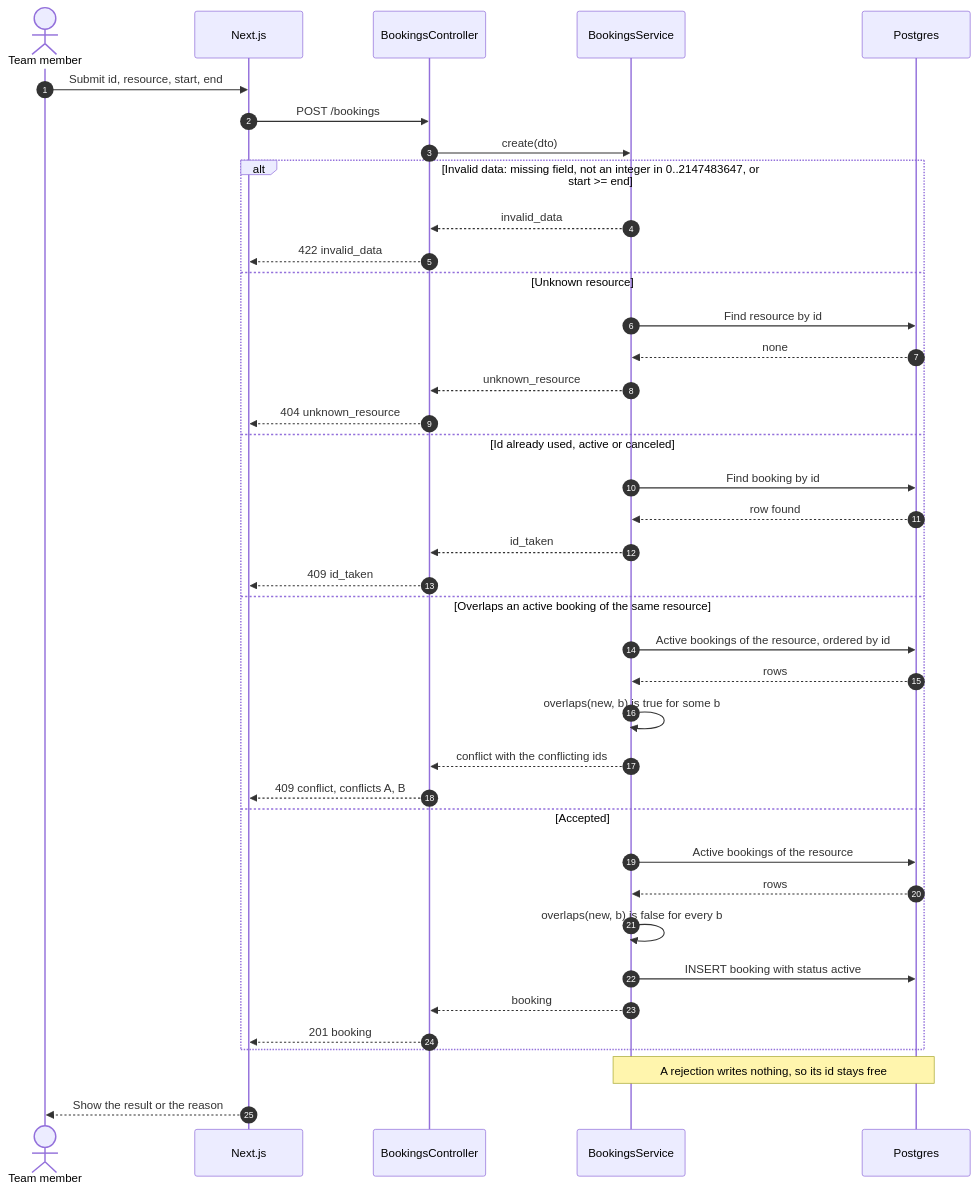
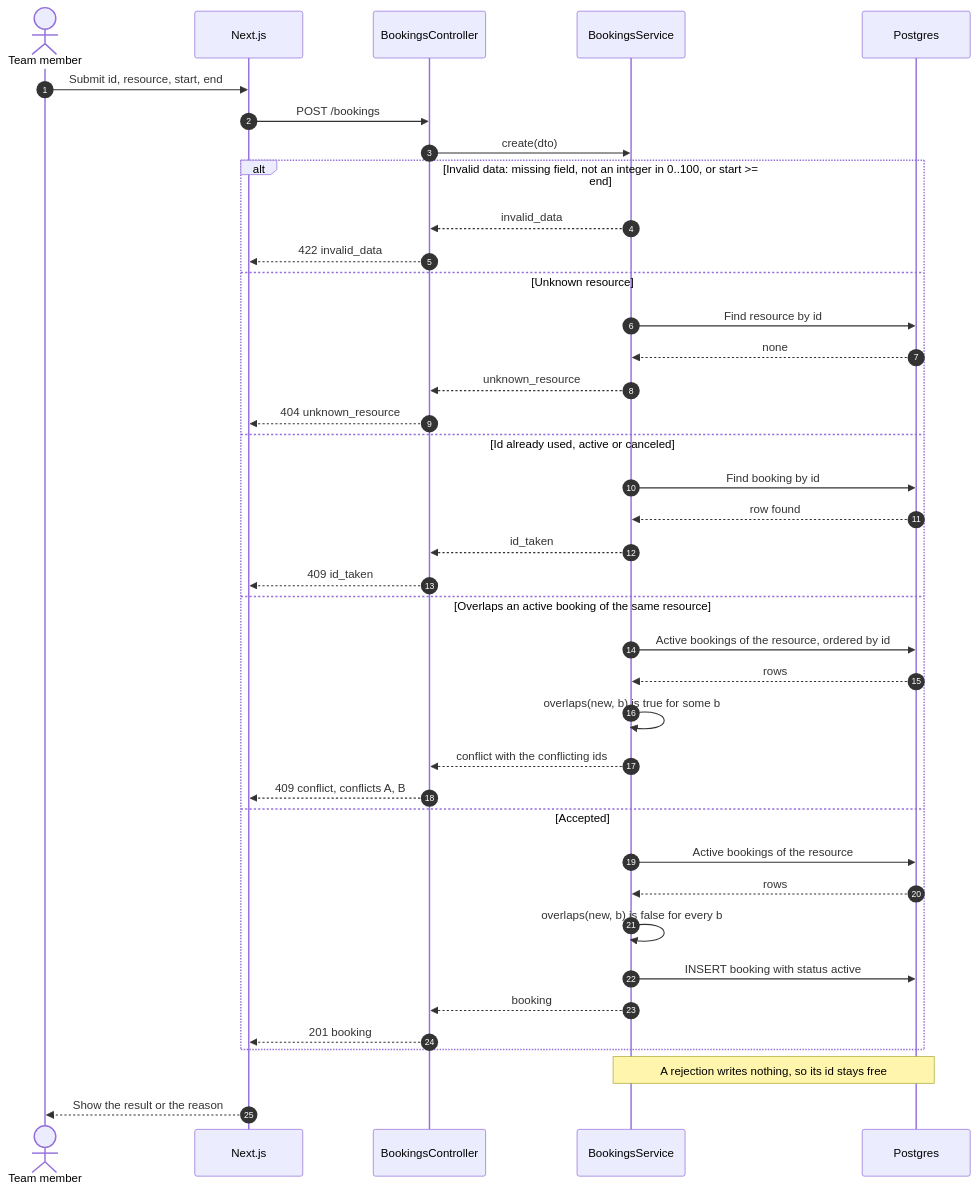
The fifth of 7 diagrams in docs/diagrams/architecture.md (fredsvanelli/alvorada-test-02), drawn with Mermaid before and after one commit. The commit also changed other lines of this file and 2 other files, not shown here.

````diff
--- a/docs/diagrams/architecture.md
+++ b/docs/diagrams/architecture.md
@@ -123,44 +123,44 @@
 ```mermaid
 sequenceDiagram
   autonumber
   actor U as Team member
   participant W as Next.js
   participant C as BookingsController
   participant S as BookingsService
   participant DB as Postgres
 
   U->>W: Submit id, resource, start, end
   W->>C: POST /bookings
   C->>S: create(dto)
 
-  alt Invalid data: missing field, not an integer in 0..2147483647, or start >= end
+  alt Invalid data: missing field, not an integer in 0..100, or start >= end
     S-->>C: invalid_data
     C-->>W: 422 invalid_data
   else Unknown resource
     S->>DB: Find resource by id
     DB-->>S: none
     S-->>C: unknown_resource
     C-->>W: 404 unknown_resource
   else Id already used, active or canceled
     S->>DB: Find booking by id
     DB-->>S: row found
     S-->>C: id_taken
     C-->>W: 409 id_taken
   else Overlaps an active booking of the same resource
     S->>DB: Active bookings of the resource, ordered by id
     DB-->>S: rows
     S->>S: overlaps(new, b) is true for some b
     S-->>C: conflict with the conflicting ids
     C-->>W: 409 conflict, conflicts A, B
   else Accepted
     S->>DB: Active bookings of the resource
     DB-->>S: rows
     S->>S: overlaps(new, b) is false for every b
     S->>DB: INSERT booking with status active
     S-->>C: booking
     C-->>W: 201 booking
   end
 
   Note over S,DB: A rejection writes nothing, so its id stays free
   W-->>U: Show the result or the reason
 ```
````
